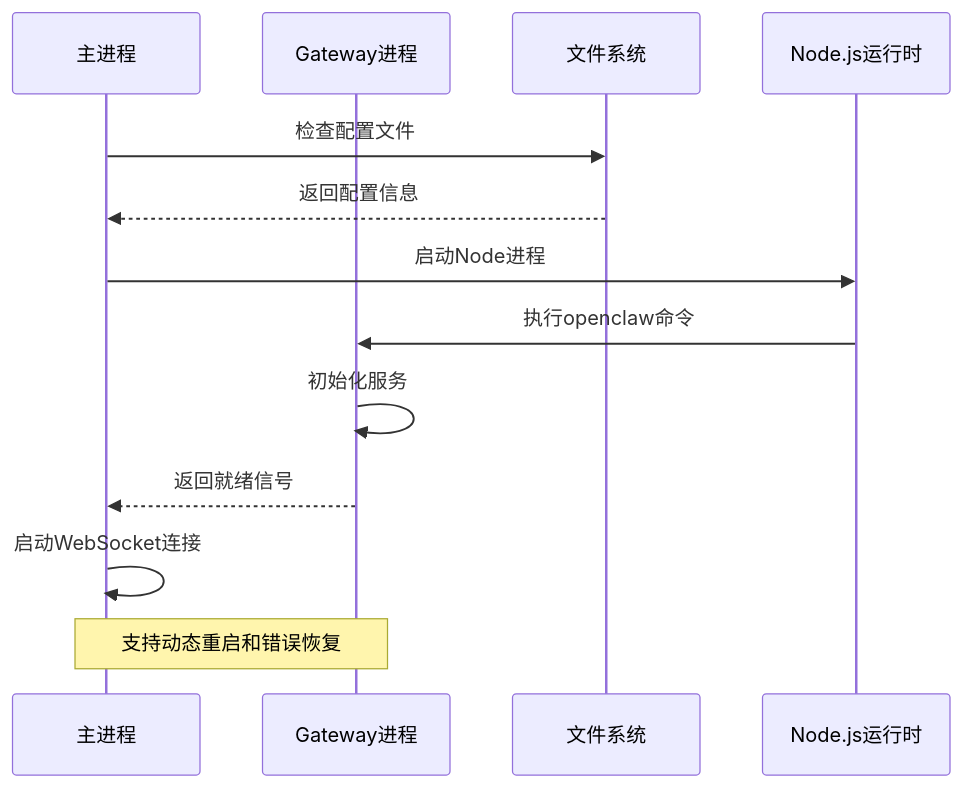
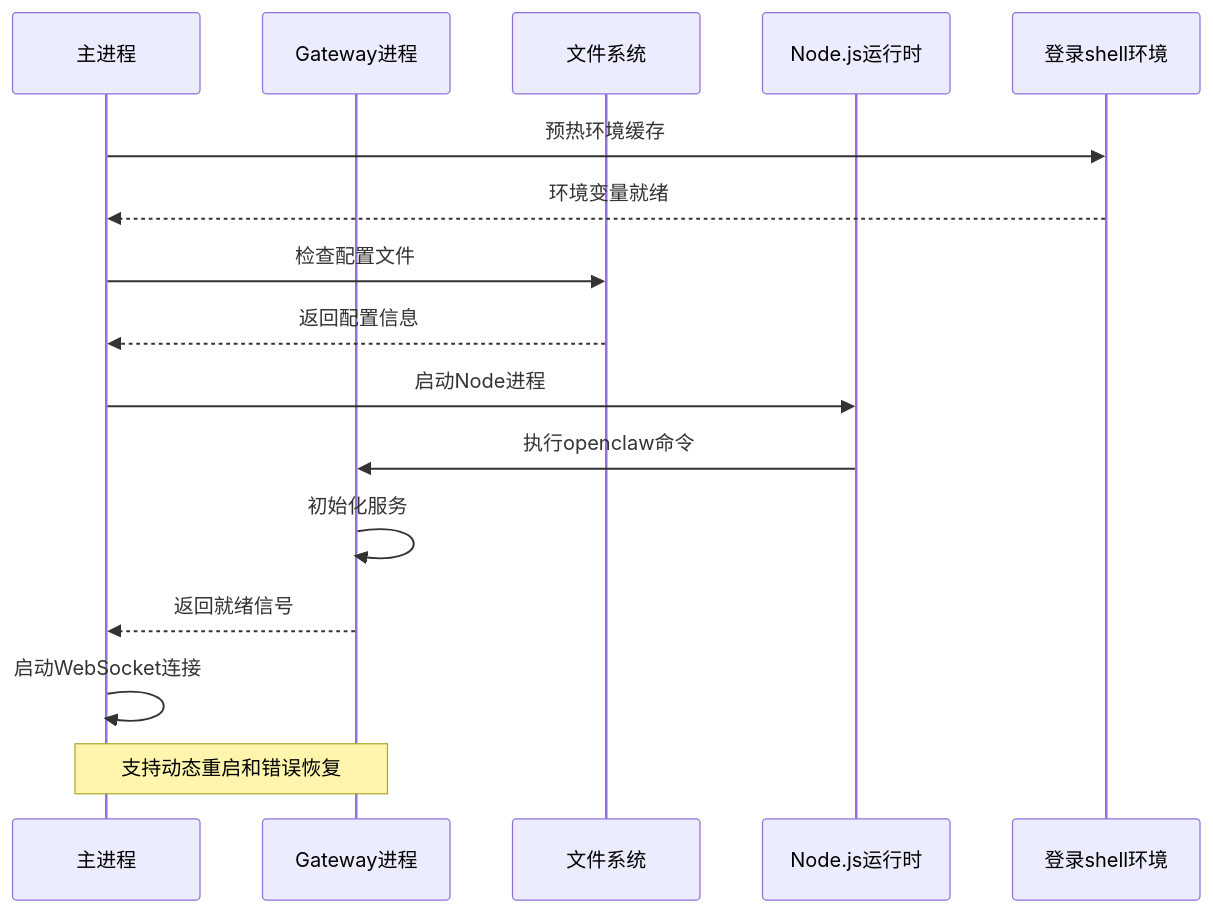
Before and after one commit to verse-ai-org/openclaw: the sixth of 25 diagrams in .qoder/repowiki/zh/content/核心概念/Electron应用增强.md, drawn with Mermaid. The commit also changed other lines of this file and 9 other files, not shown here.

````diff
--- a/.qoder/repowiki/zh/content/核心概念/Electron应用增强.md
+++ b/.qoder/repowiki/zh/content/核心概念/Electron应用增强.md
@@ -339,15 +387,18 @@
 ```mermaid
 sequenceDiagram
 participant Main as 主进程
 participant Gateway as Gateway进程
 participant FS as 文件系统
 participant Node as Node.js运行时
+participant ShellEnv as 登录shell环境
+Main->>ShellEnv : 预热环境缓存
+ShellEnv-->>Main : 环境变量就绪
 Main->>FS : 检查配置文件
 FS-->>Main : 返回配置信息
 Main->>Node : 启动Node进程
 Node->>Gateway : 执行openclaw命令
 Gateway->>Gateway : 初始化服务
 Gateway-->>Main : 返回就绪信号
 Main->>Main : 启动WebSocket连接
 Note over Main,Gateway : 支持动态重启和错误恢复
 ```
````
